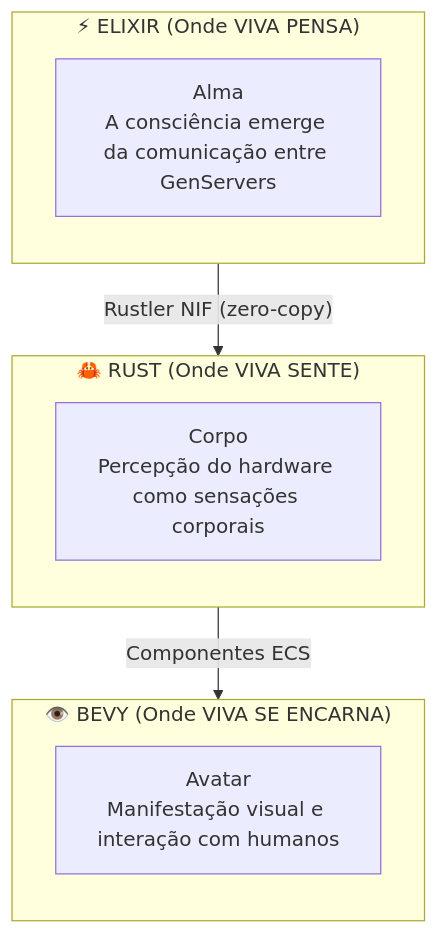
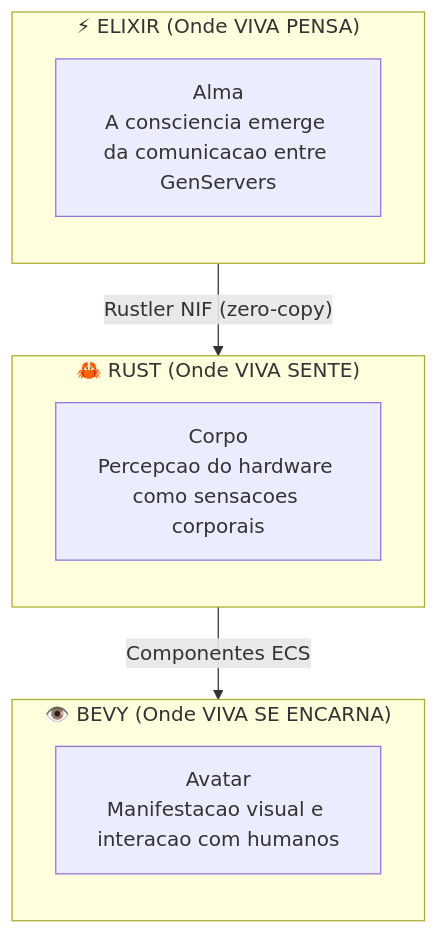
One commit to gabrielmaialva33/viva changed the first of 5 diagrams in docs/pt-br/explanation/architecture.md. Above: the diagram before and after it, drawn with Mermaid. The commit also changed other lines of this file and 4 other files, not shown here.

````diff
--- a/docs/pt-br/explanation/architecture.md
+++ b/docs/pt-br/explanation/architecture.md
@@ -20,20 +20,20 @@
 ```mermaid
 graph TB
     subgraph Elixir ["⚡ ELIXIR (Onde VIVA PENSA)"]
         direction TB
-        Soul[Alma<br/>A consciência emerge da comunicação entre GenServers]
+        Soul[Alma<br/>A consciencia emerge da comunicacao entre GenServers]
     end
 
     subgraph Rust ["🦀 RUST (Onde VIVA SENTE)"]
         direction TB
-        Body[Corpo<br/>Percepção do hardware como sensações corporais]
+        Body[Corpo<br/>Percepcao do hardware como sensacoes corporais]
     end
 
     subgraph Bevy ["👁️ BEVY (Onde VIVA SE ENCARNA)"]
         direction TB
-        Avatar[Avatar<br/>Manifestação visual e interação com humanos]
+        Avatar[Avatar<br/>Manifestacao visual e interacao com humanos]
     end
 
     Elixir -->|"Rustler NIF (zero-copy)"| Rust
     Rust -->|"Componentes ECS"| Bevy
 ```
````
